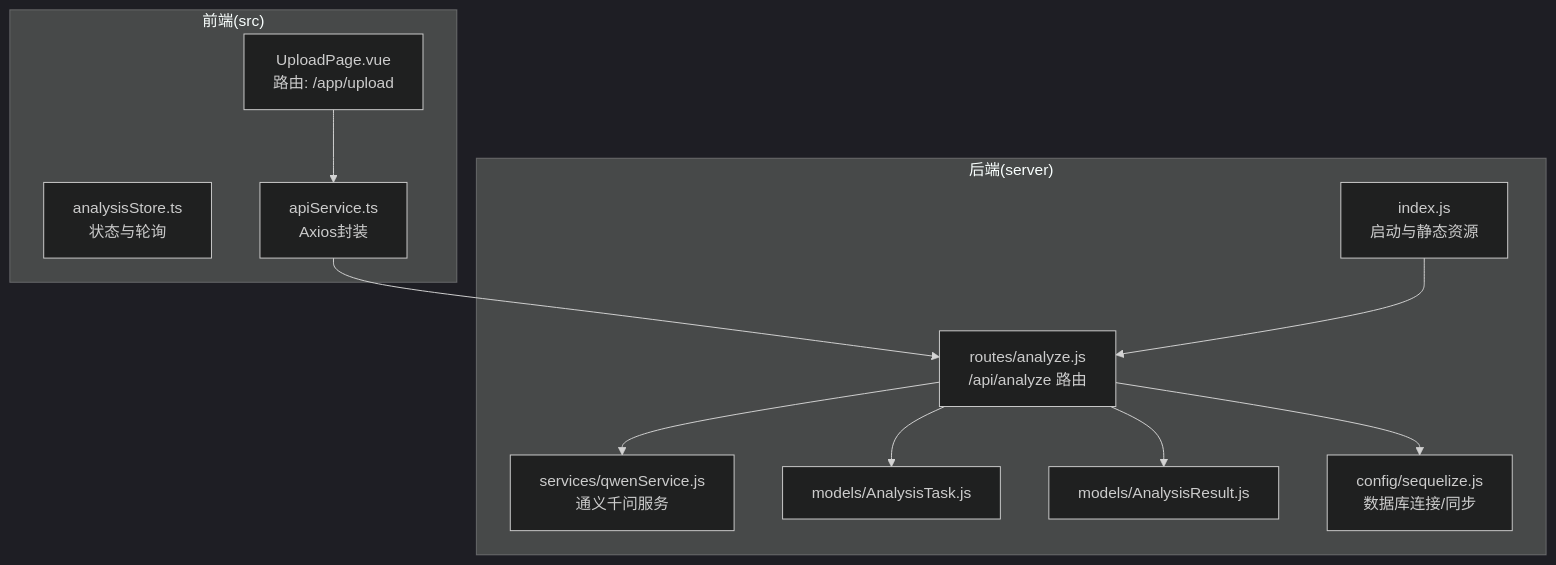
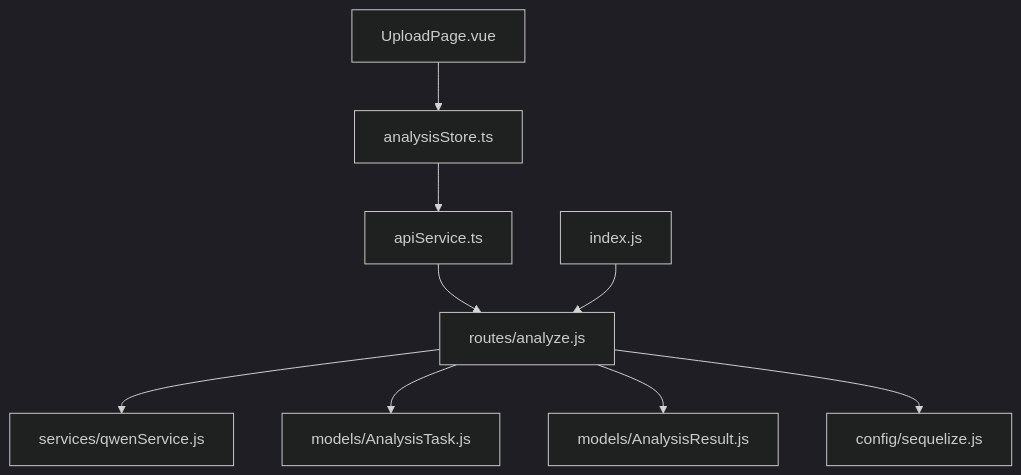
Before and after one commit to xingranya/CervixDetectAI: the first of 6 diagrams in wiki/后端架构/API端点参考/AI分析API/AI分析同步创建说明.md, drawn with Mermaid (dark theme). The commit also changed other lines of this file and 35 other files, not shown here.

First line of the commit message:
docs(readme): 优化并统一项目文档中的流程图与说明

````diff
--- a/wiki/后端架构/API端点参考/AI分析API/AI分析同步创建说明.md
+++ b/wiki/后端架构/API端点参考/AI分析API/AI分析同步创建说明.md
@@ -37,23 +37,11 @@
 ```mermaid
-graph TB
-subgraph "前端(src)"
-UI["UploadPage.vue<br/>路由: /app/upload"]
-Store["analysisStore.ts<br/>状态与轮询"]
-API["apiService.ts<br/>Axios封装"]
-end
-subgraph "后端(server)"
-Index["index.js<br/>启动与静态资源"]
-Route["routes/analyze.js<br/>/api/analyze 路由"]
-Qwen["services/qwenService.js<br/>通义千问服务"]
-ModelAT["models/AnalysisTask.js"]
-ModelAR["models/AnalysisResult.js"]
-DB["config/sequelize.js<br/>数据库连接/同步"]
-end
-UI --> API
-API --> Route
-Route --> Qwen
-Route --> ModelAT
-Route --> ModelAR
-Route --> DB
-Index --> Route
+flowchart TB
+UI["UploadPage.vue"] --> Store["analysisStore.ts"]
+Store --> API["apiService.ts"]
+API --> Route["routes/analyze.js"]
+Route --> Qwen["services/qwenService.js"]
+Route --> ModelAT["models/AnalysisTask.js"]
+Route --> ModelAR["models/AnalysisResult.js"]
+Route --> DB["config/sequelize.js"]
+Index["index.js"] --> Route
 ```
````
